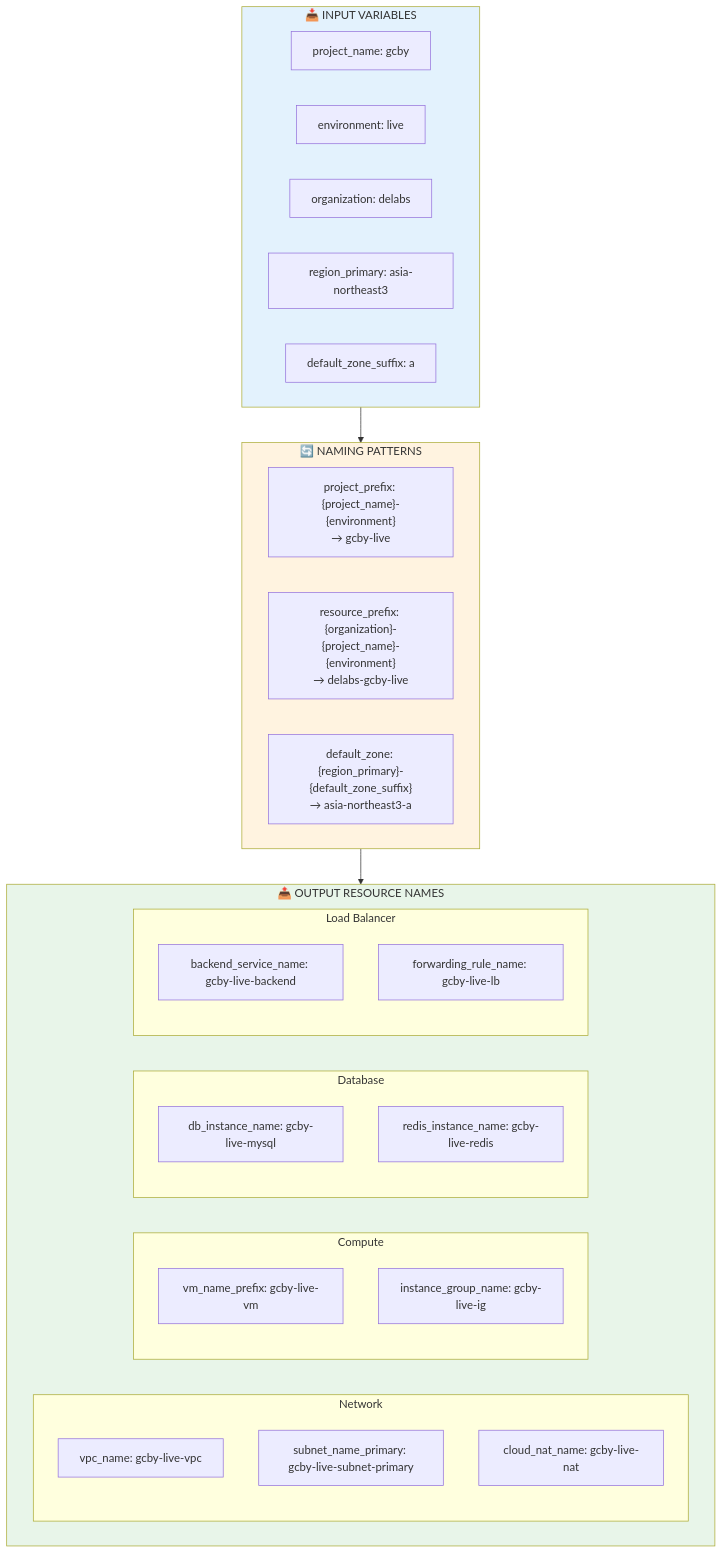
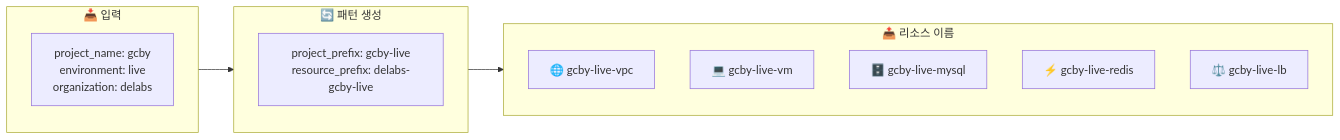
The first of 2 diagrams in terraform_gcp_infra/docs/modules/naming.md (JSJ2337/GCP_terraform_code), drawn with Mermaid before and after one commit. The commit also changed other lines of this file and 2 other files, not shown here.

First line of the commit message:
docs: Mermaid 다이어그램 가독성 개선

````diff
--- a/terraform_gcp_infra/docs/modules/naming.md
+++ b/terraform_gcp_infra/docs/modules/naming.md
@@ -7,43 +7,20 @@
 ```mermaid
-%%{init: {'theme': 'default'}}%%
-flowchart TB
-    subgraph INPUT["📥 INPUT VARIABLES"]
-        I1["project_name: gcby"]
-        I2["environment: live"]
-        I3["organization: delabs"]
-        I4["region_primary: asia-northeast3"]
-        I5["default_zone_suffix: a"]
+flowchart LR
+    subgraph INPUT["📥 입력"]
+        I["project_name: gcby<br/>environment: live<br/>organization: delabs"]
     end
 
-    subgraph PATTERNS["🔄 NAMING PATTERNS"]
-        P1["project_prefix: {project_name}-{environment}<br/>→ gcby-live"]
-        P2["resource_prefix: {organization}-{project_name}-{environment}<br/>→ delabs-gcby-live"]
-        P3["default_zone: {region_primary}-{default_zone_suffix}<br/>→ asia-northeast3-a"]
+    subgraph PATTERN["🔄 패턴 생성"]
+        P["project_prefix: gcby-live<br/>resource_prefix: delabs-gcby-live"]
     end
 
-    subgraph OUTPUTS["📤 OUTPUT RESOURCE NAMES"]
-        subgraph NET["Network"]
-            N1["vpc_name: gcby-live-vpc"]
-            N2["subnet_name_primary: gcby-live-subnet-primary"]
-            N3["cloud_nat_name: gcby-live-nat"]
-        end
-        subgraph COMPUTE["Compute"]
-            C1["vm_name_prefix: gcby-live-vm"]
-            C2["instance_group_name: gcby-live-ig"]
-        end
-        subgraph DB["Database"]
-            D1["db_instance_name: gcby-live-mysql"]
-            D2["redis_instance_name: gcby-live-redis"]
-        end
-        subgraph LB["Load Balancer"]
-            L1["backend_service_name: gcby-live-backend"]
-            L2["forwarding_rule_name: gcby-live-lb"]
-        end
+    subgraph OUTPUT["📤 리소스 이름"]
+        O1["🌐 gcby-live-vpc"]
+        O2["💻 gcby-live-vm"]
+        O3["🗄️ gcby-live-mysql"]
+        O4["⚡ gcby-live-redis"]
+        O5["⚖️ gcby-live-lb"]
     end
 
-    INPUT --> PATTERNS --> OUTPUTS
-
-    style INPUT fill:#e3f2fd
-    style PATTERNS fill:#fff3e0
-    style OUTPUTS fill:#e8f5e9
+    INPUT --> PATTERN --> OUTPUT
 ```
````
